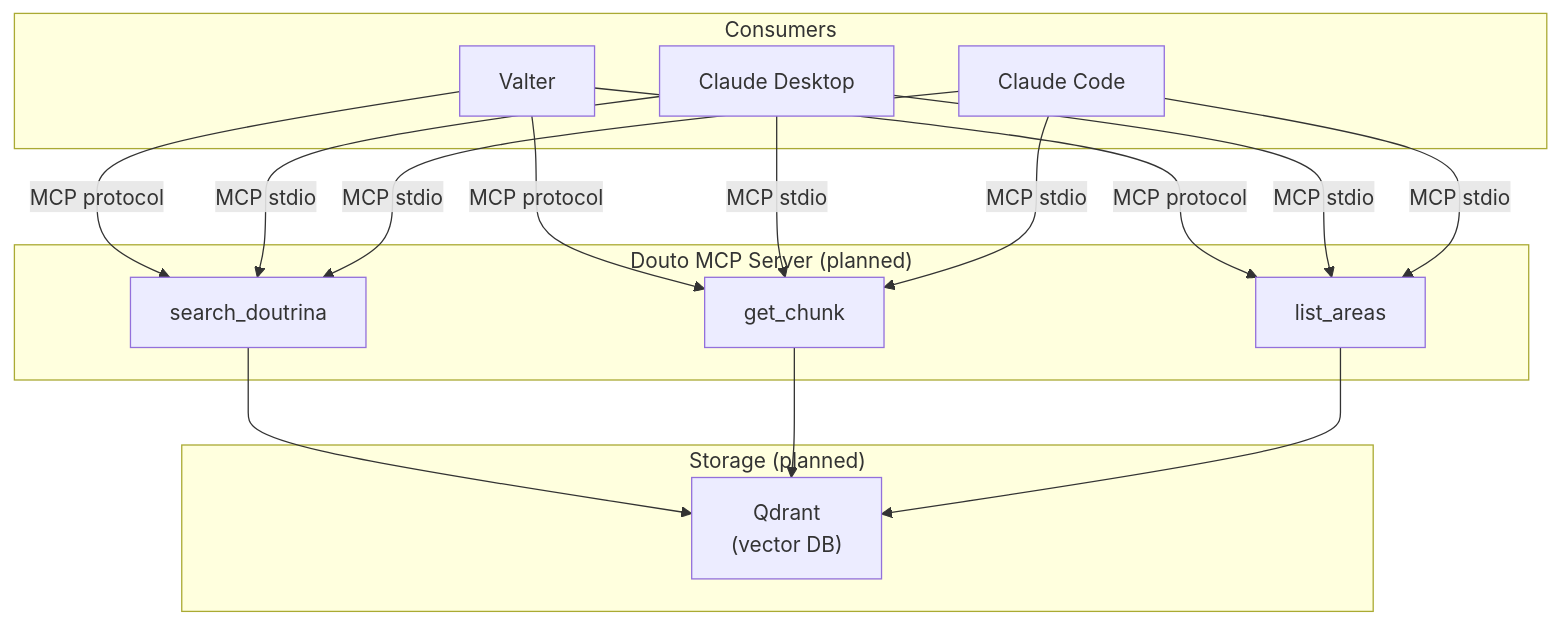
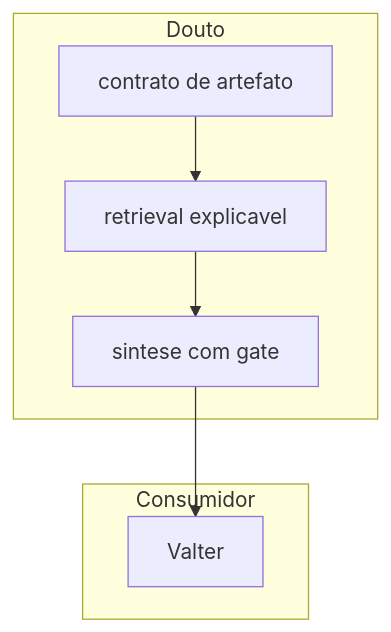
Before and after one commit to sensdiego/sens.legal: the seventh of 8 diagrams in sites/douto/src/content/docs/pt-br/architecture/diagrams.md, drawn with Mermaid. The commit also changed other lines of this file and 39 other files, not shown here.

````diff
--- a/sites/douto/src/content/docs/pt-br/architecture/diagrams.md
+++ b/sites/douto/src/content/docs/pt-br/architecture/diagrams.md
@@ -188,23 +186,14 @@
 ```mermaid
 graph TB
-    subgraph "Douto MCP Server (planned)"
-        T1["search_doutrina"]
-        T2["get_chunk"]
-        T3["list_areas"]
+    subgraph "Douto"
+        ART["contrato de artefato"]
+        RET["retrieval explicavel"]
+        SYN["sintese com gate"]
     end
 
-    subgraph "Consumers"
+    subgraph "Consumidor"
         VA["Valter"]
-        CD["Claude Desktop"]
-        CC["Claude Code"]
     end
 
-    subgraph "Storage (planned)"
-        QD["Qdrant<br/>(vector DB)"]
-    end
-
-    VA -->|"MCP protocol"| T1 & T2 & T3
-    CD -->|"MCP stdio"| T1 & T2 & T3
-    CC -->|"MCP stdio"| T1 & T2 & T3
-    T1 & T2 & T3 --> QD
+    ART --> RET --> SYN --> VA
 ```
````
